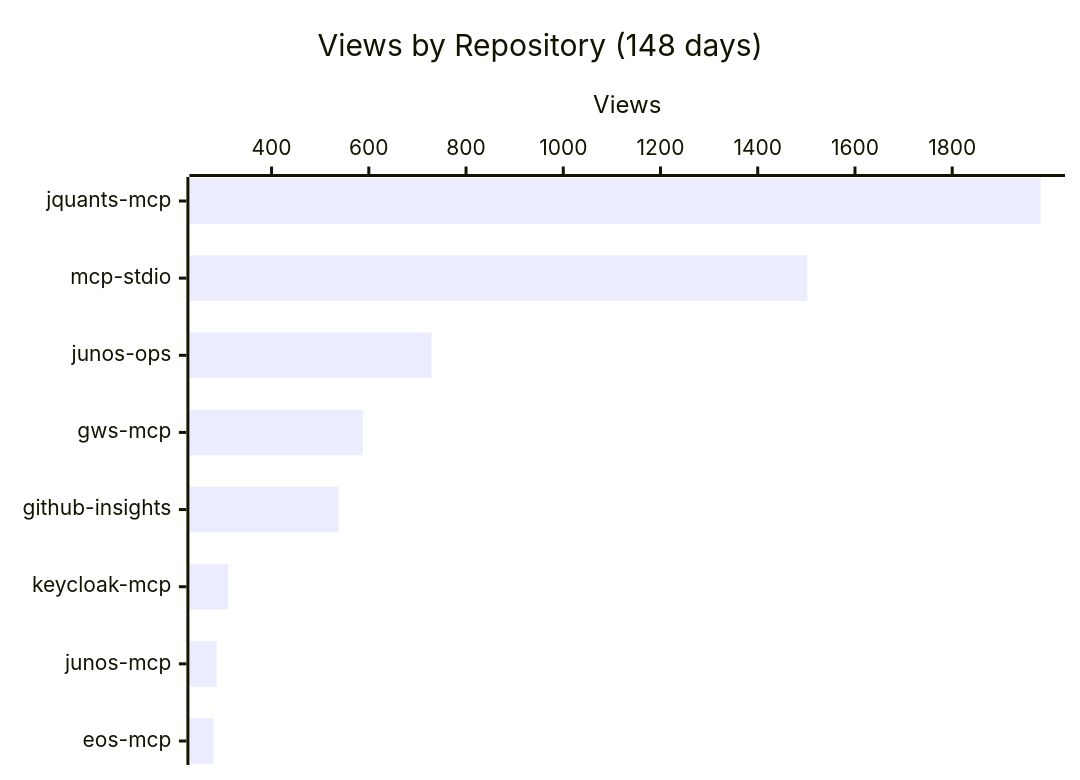
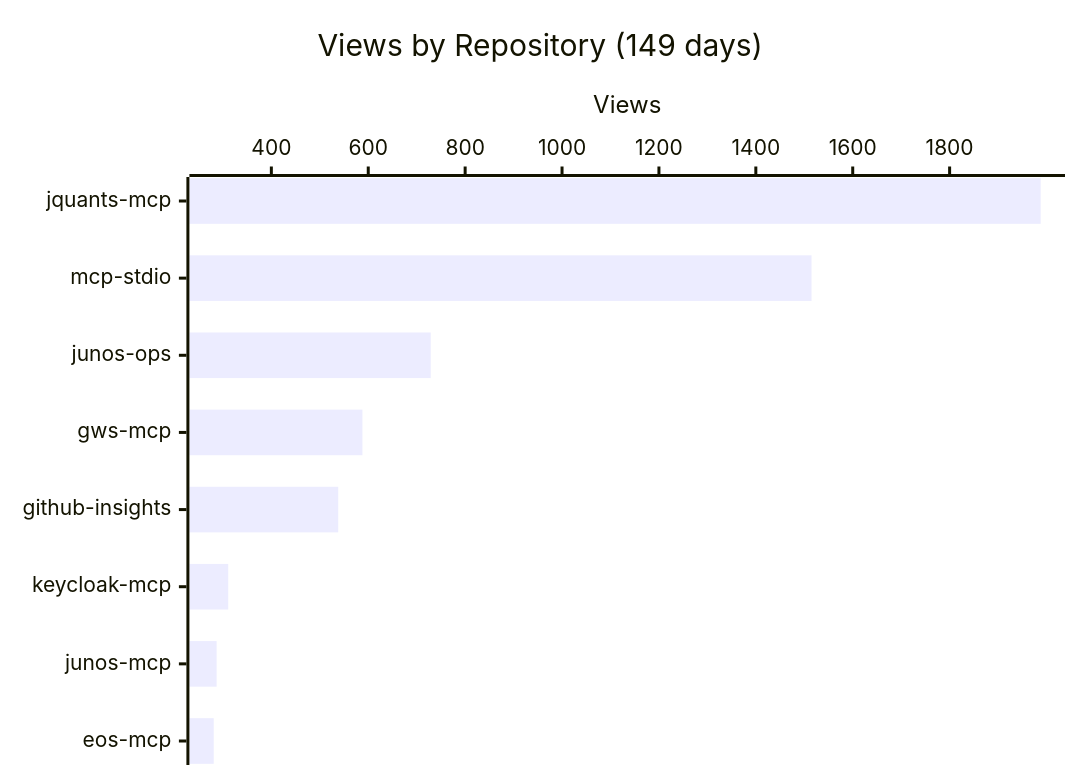
Before and after one commit to shigechika/github-insights: the first of 4 diagrams in README.md, drawn with Mermaid. The commit also changed other lines of this file and 2 other files, not shown here.

````diff
--- a/README.md
+++ b/README.md
@@ -18,7 +18,7 @@
 ```mermaid
 xychart-beta horizontal
-    title "Views by Repository (148 days)"
+    title "Views by Repository (149 days)"
     x-axis ["jquants-mcp", "mcp-stdio", "junos-ops", "gws-mcp", "github-insights", "keycloak-mcp", "junos-mcp", "eos-mcp"]
     y-axis "Views"
-    bar [1982, 1502, 729, 588, 538, 311, 287, 281]
+    bar [1988, 1515, 729, 588, 538, 311, 287, 281]
 ```
````
